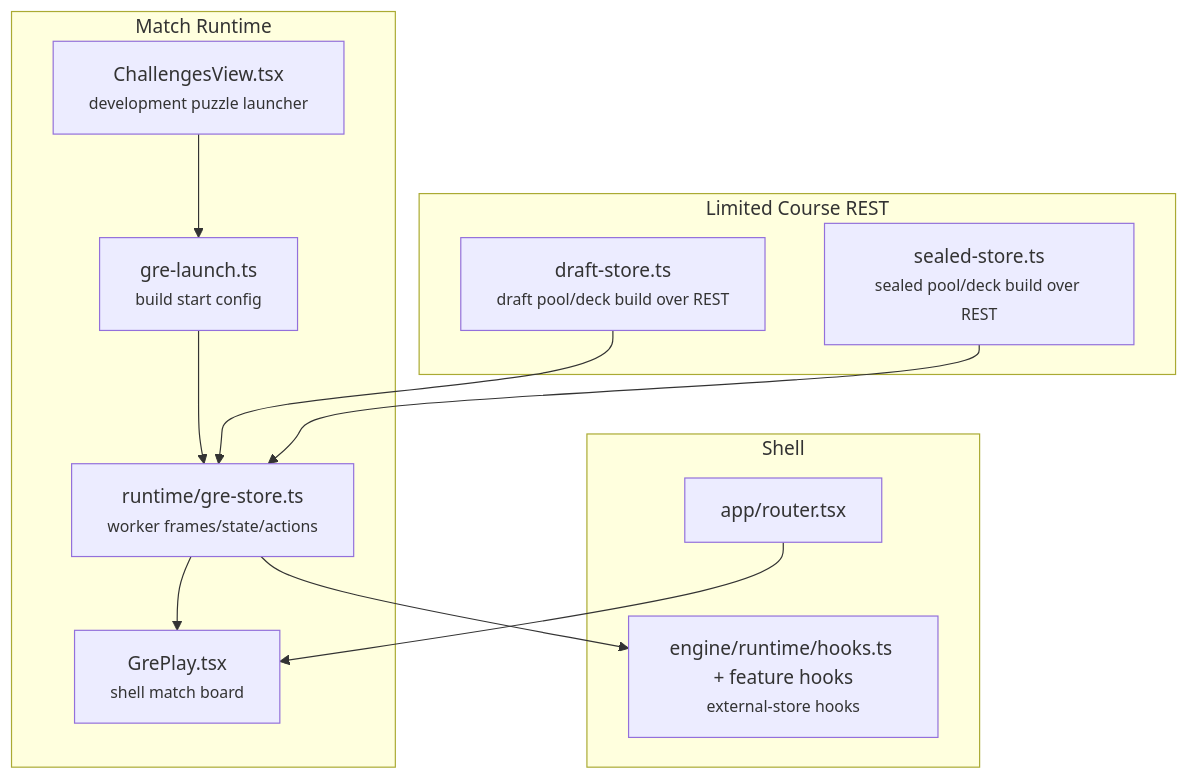
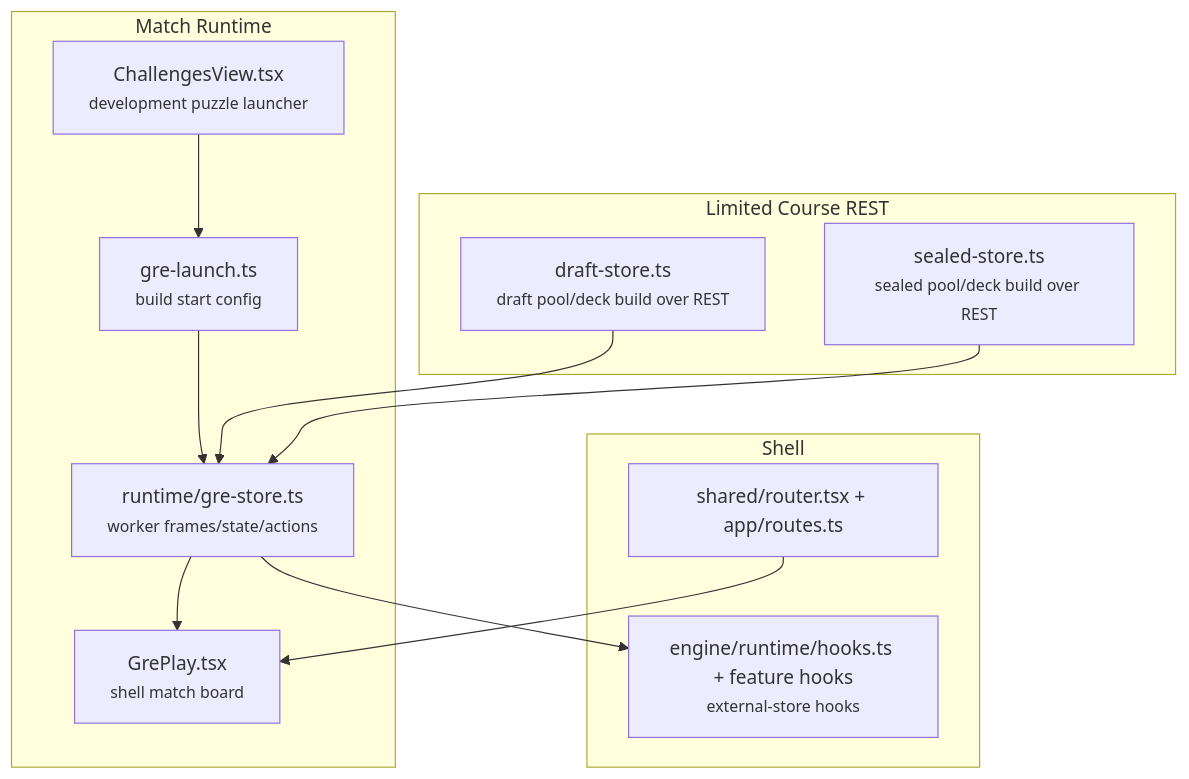
The diagram in docs/architecture.md (delebedev/forge-web), drawn with Mermaid before and after one commit. The commit also changed other lines of this file and 541 other files, not shown here.

````diff
--- a/docs/architecture.md
+++ b/docs/architecture.md
@@ -9,27 +9,27 @@
 ```mermaid
 graph TB
     subgraph "Match Runtime"
         GRE_LAUNCH["gre-launch.ts<br/><small>build start config</small>"]
         GRE_STORE["runtime/gre-store.ts<br/><small>worker frames/state/actions</small>"]
         GRE_VIEW["GrePlay.tsx<br/><small>shell match board</small>"]
         CHALLENGES["ChallengesView.tsx<br/><small>development puzzle launcher</small>"]
     end
 
     subgraph "Limited Course REST"
         DRAFT["draft-store.ts<br/><small>draft pool/deck build over REST</small>"]
         SEALED["sealed-store.ts<br/><small>sealed pool/deck build over REST</small>"]
     end
 
     subgraph "Shell"
-        ROUTER["app/router.tsx"]
+        ROUTER["shared/router.tsx + app/routes.ts"]
         CHROME["engine/runtime/hooks.ts + feature hooks<br/><small>external-store hooks</small>"]
     end
 
     GRE_LAUNCH --> GRE_STORE
     GRE_STORE --> GRE_VIEW
     CHALLENGES --> GRE_LAUNCH
     GRE_STORE --> CHROME
     DRAFT --> GRE_STORE
     SEALED --> GRE_STORE
     ROUTER --> GRE_VIEW
 ```
````
